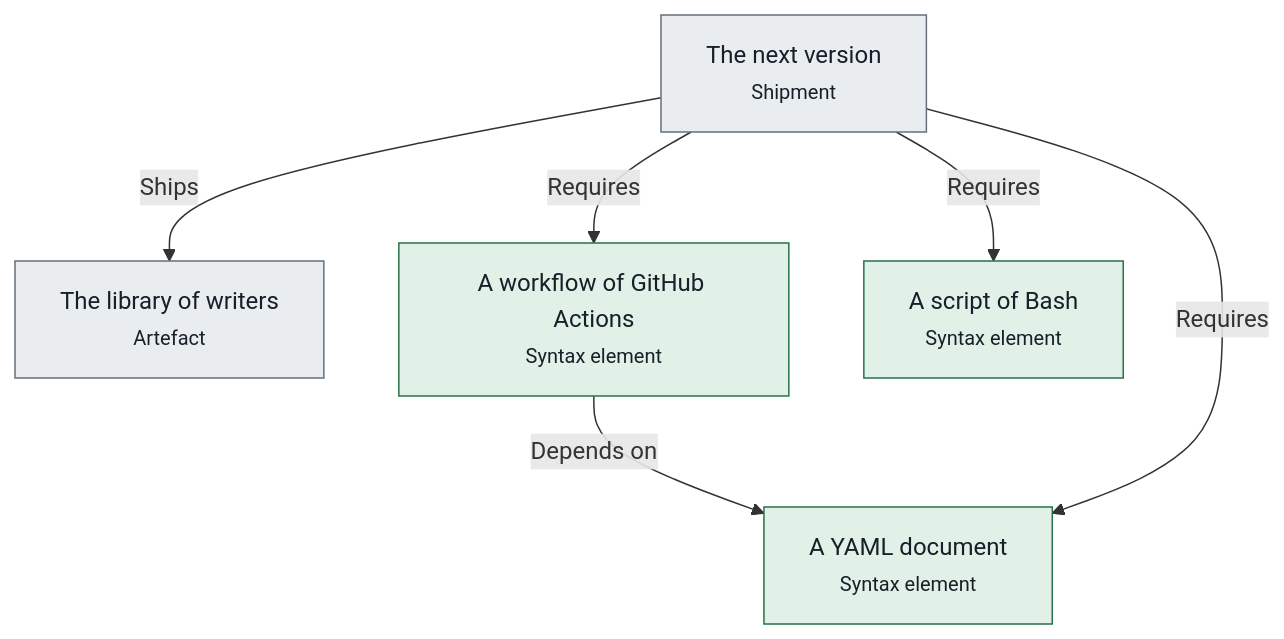
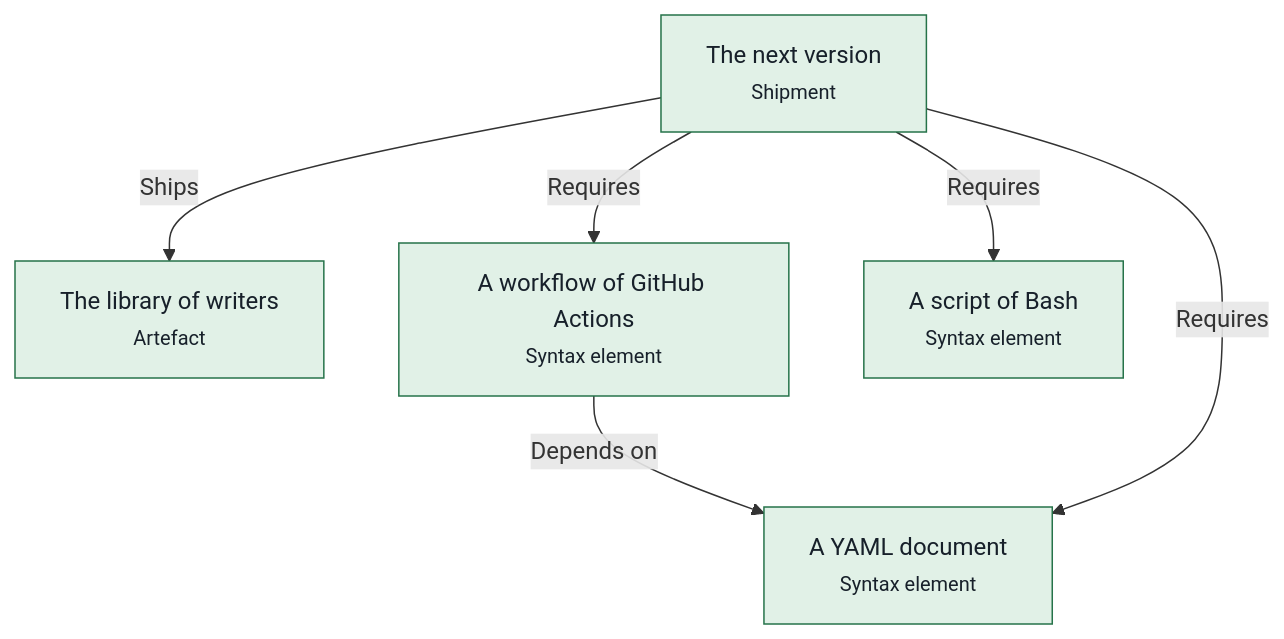
One commit to advancedcognitivesystems-ai/trame changed the diagram in ci/docs/pipelines.md. Above: the diagram before and after it, drawn with Mermaid. The commit also changed other lines of this file and 225 other files, not shown here.

First line of the commit message:
std 0.16.0 and ci 0.4.0 released through their own graphs; everything on g101

````diff
--- a/ci/docs/pipelines.md
+++ b/ci/docs/pipelines.md
@@ -13,18 +13,18 @@
 ```mermaid
 flowchart TB
-  n0["The library of writers<br/><small>Artefact</small>"]:::unknown
+  n0["The library of writers<br/><small>Artefact</small>"]:::held
   n1["A workflow of GitHub Actions<br/><small>Syntax element</small>"]:::held
   n2["A script of Bash<br/><small>Syntax element</small>"]:::held
   n3["A YAML document<br/><small>Syntax element</small>"]:::held
-  n4["The next version<br/><small>Shipment</small>"]:::unknown
+  n4["The next version<br/><small>Shipment</small>"]:::held
   n1 -->|Depends on| n3
   n4 -->|Ships| n0
   n4 -->|Requires| n3
   n4 -->|Requires| n2
   n4 -->|Requires| n1
   classDef held fill:#e1f1e7,stroke:#26734a,color:#17202a
   classDef blocked fill:#fbf0d9,stroke:#9a6200,color:#17202a
   classDef violated fill:#f9e3e1,stroke:#ad2a22,color:#17202a
   classDef unknown fill:#e9edf0,stroke:#65707c,color:#17202a
   classDef neutral fill:#ffffff,stroke:#5a6672,color:#17202a
 ```
````
